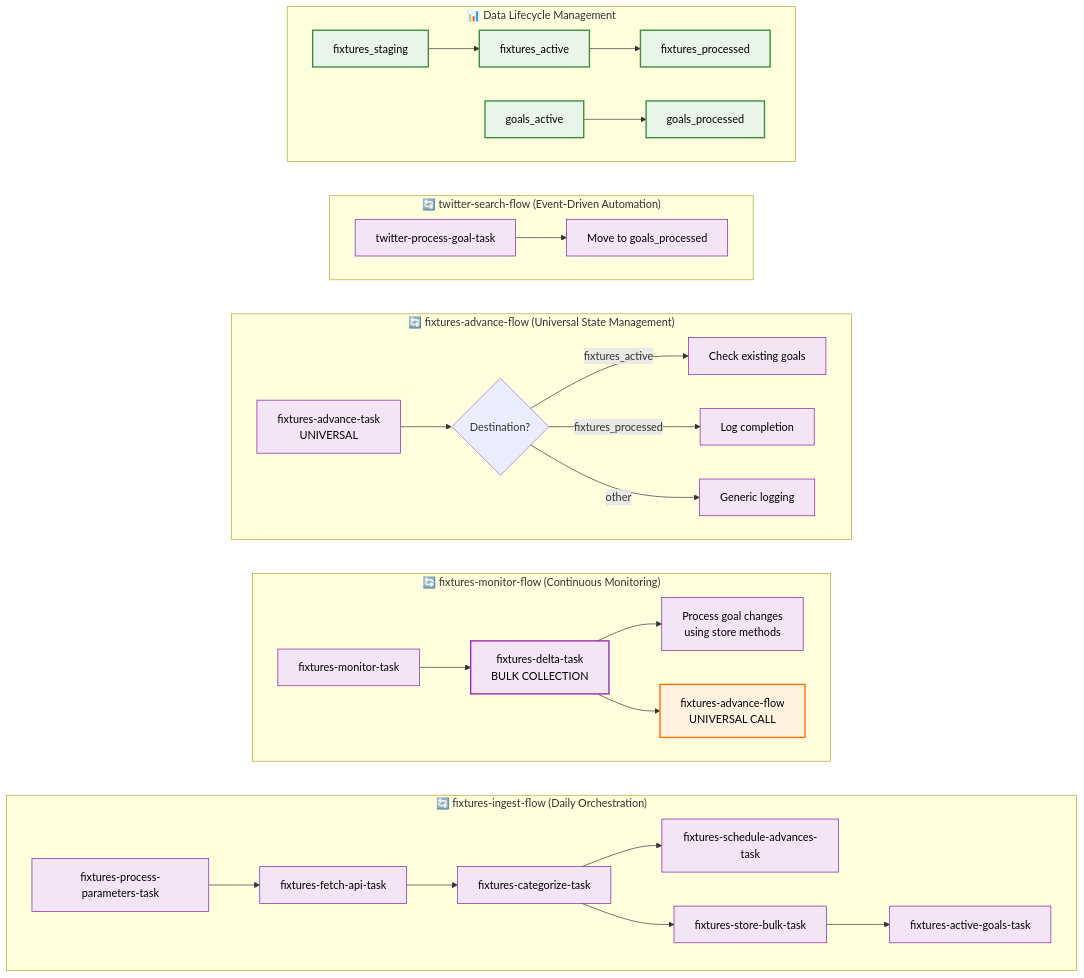
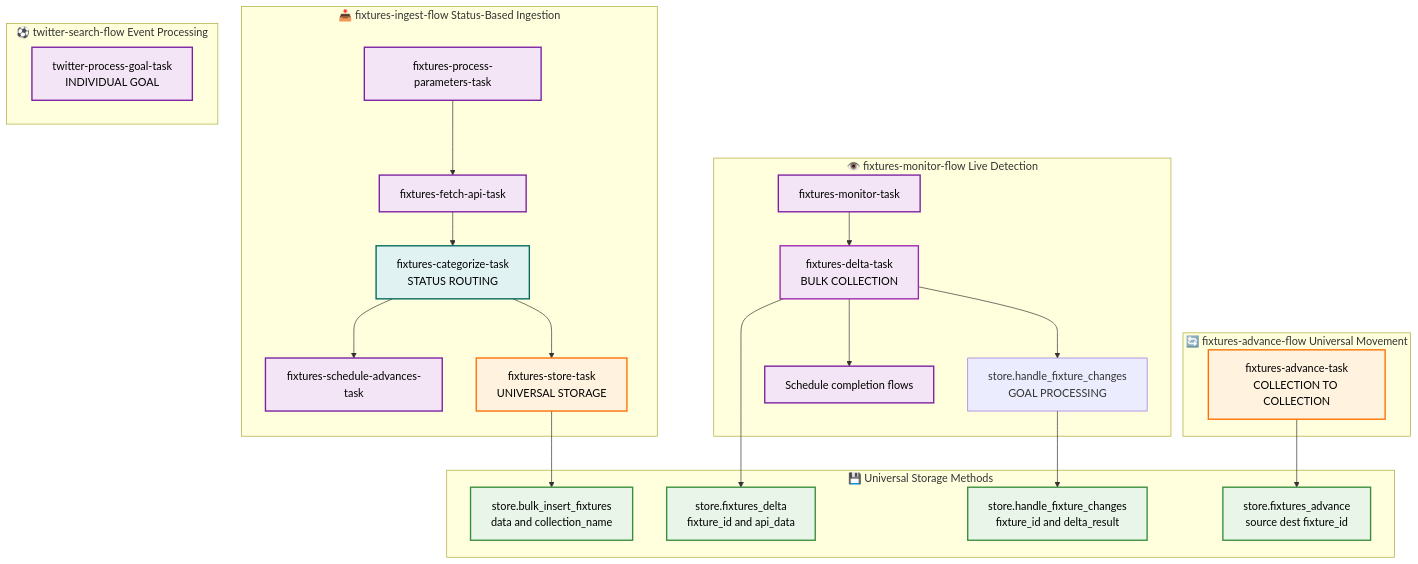
Before and after one commit to vedantadhobley/found-footy: the third of 5 diagrams in README.md, drawn with Mermaid. The commit also changed other lines of this file and 12 other files, not shown here.

Commit message:
Updated architecture to remove support for historical goals, focusing on live goals for now. Historical goals will potentially be implemented via YouTube down the line.

````diff
--- a/README.md
+++ b/README.md
@@ -122,54 +167,54 @@
 ```mermaid
-graph LR
-    %% Ingest Flow Chain
-    subgraph "🔄 fixtures-ingest-flow (Daily Orchestration)"
-        direction LR
+graph TB
+    %% Ingest Flow Tasks
+    subgraph "📥 fixtures-ingest-flow Status-Based Ingestion"
         IFP[fixtures-process-parameters-task] --> IFA[fixtures-fetch-api-task]
-        IFA --> IFC[fixtures-categorize-task]
+        IFA --> IFC[fixtures-categorize-task<br/>STATUS ROUTING]
         IFC --> IFS[fixtures-schedule-advances-task]
-        IFC --> IFB[fixtures-store-bulk-task]
-        IFB --> IFG[fixtures-active-goals-task]
+        IFC --> IFB[fixtures-store-task<br/>UNIVERSAL STORAGE]
     end
     
-    %% Monitor Flow Chain  
-    subgraph "🔄 fixtures-monitor-flow (Continuous Monitoring)"
-        direction LR
+    %% Monitor Flow Tasks  
+    subgraph "👁️ fixtures-monitor-flow Live Detection"
         MFT[fixtures-monitor-task] --> MFD[fixtures-delta-task<br/>BULK COLLECTION]
-        MFD --> MFG[Process goal changes<br/>using store methods]
-        MFD --> MFA[fixtures-advance-flow<br/>UNIVERSAL CALL]
+        MFD --> MFH[store.handle_fixture_changes<br/>GOAL PROCESSING]
+        MFD --> MFC[Schedule completion flows]
     end
     
-    %% Advance Flow Chain
-    subgraph "🔄 fixtures-advance-flow (Universal State Management)"
-        direction LR
-        AFT[fixtures-advance-task<br/>UNIVERSAL] --> AFC{Destination?}
-        AFC -->|fixtures_active| AFA[Check existing goals]
-        AFC -->|fixtures_processed| AFP[Log completion]
-        AFC -->|other| AFO[Generic logging]
+    %% Advance Flow Tasks
+    subgraph "🔄 fixtures-advance-flow Universal Movement"
+        AFT[fixtures-advance-task<br/>COLLECTION TO COLLECTION]
     end
     
-    %% Twitter Flow Chain
-    subgraph "🔄 twitter-search-flow (Event-Driven Automation)"
-        direction LR
-        TST[twitter-process-goal-task] --> TSM[Move to goals_processed]
+    %% Twitter Flow Tasks
+    subgraph "⚽ twitter-search-flow Event Processing"
+        TST[twitter-process-goal-task<br/>INDIVIDUAL GOAL]
     end
     
-    %% Data Movement Chain
-    subgraph "📊 Data Lifecycle Management"
-        direction LR
-        CFS[fixtures_staging] --> CFA[fixtures_active] 
-        CFA --> CFP[fixtures_processed]
-        CGA[goals_active] --> CGP[goals_processed]
+    %% Storage Methods
+    subgraph "💾 Universal Storage Methods"
+        USB[store.bulk_insert_fixtures<br/>data and collection_name]
+        USD[store.fixtures_delta<br/>fixture_id and api_data]
+        USH[store.handle_fixture_changes<br/>fixture_id and delta_result]
+        USA[store.fixtures_advance<br/>source dest fixture_id]
     end
     
-    %% ✅ FIXED: Added black text to ALL styling classes
-    classDef taskBox fill:#f3e5f5,stroke:#7b1fa2,stroke-width:1px,color:#000000
-    classDef dataBox fill:#e8f5e8,stroke:#388e3c,stroke-width:2px,color:#000000
+    %% Connections
+    IFB --> USB
+    MFD --> USD
+    MFH --> USH
+    AFT --> USA
+    
+    %% Styling
+    classDef taskBox fill:#f3e5f5,stroke:#7b1fa2,stroke-width:2px,color:#000000
+    classDef statusBox fill:#e0f2f1,stroke:#00695c,stroke-width:2px,color:#000000
     classDef bulkBox fill:#f3e5f5,stroke:#9c27b0,stroke-width:2px,color:#000000
     classDef universalBox fill:#fff3e0,stroke:#ff6f00,stroke-width:2px,color:#000000
+    classDef storageBox fill:#e8f5e8,stroke:#388e3c,stroke-width:2px,color:#000000
     
-    class IFP,IFA,IFC,IFS,IFB,IFG,MFT,MFG,AFT,AFA,AFP,AFO,TST,TSM taskBox
+    class IFP,IFA,IFS,MFT,MFC,TST taskBox
+    class IFC statusBox
     class MFD bulkBox
-    class MFA universalBox
-    class CFS,CFA,CFP,CGA,CGP dataBox
+    class IFB,AFT universalBox
+    class USB,USD,USH,USA storageBox
 ```
````
